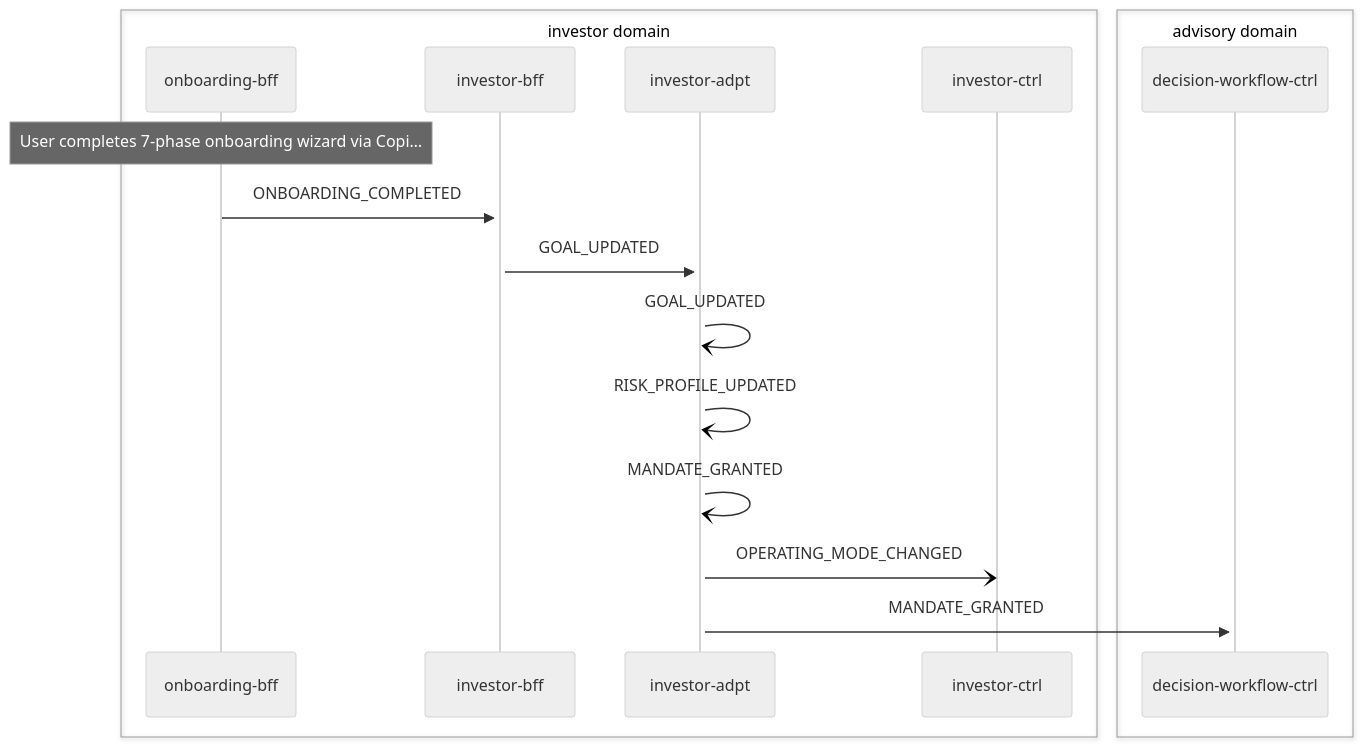
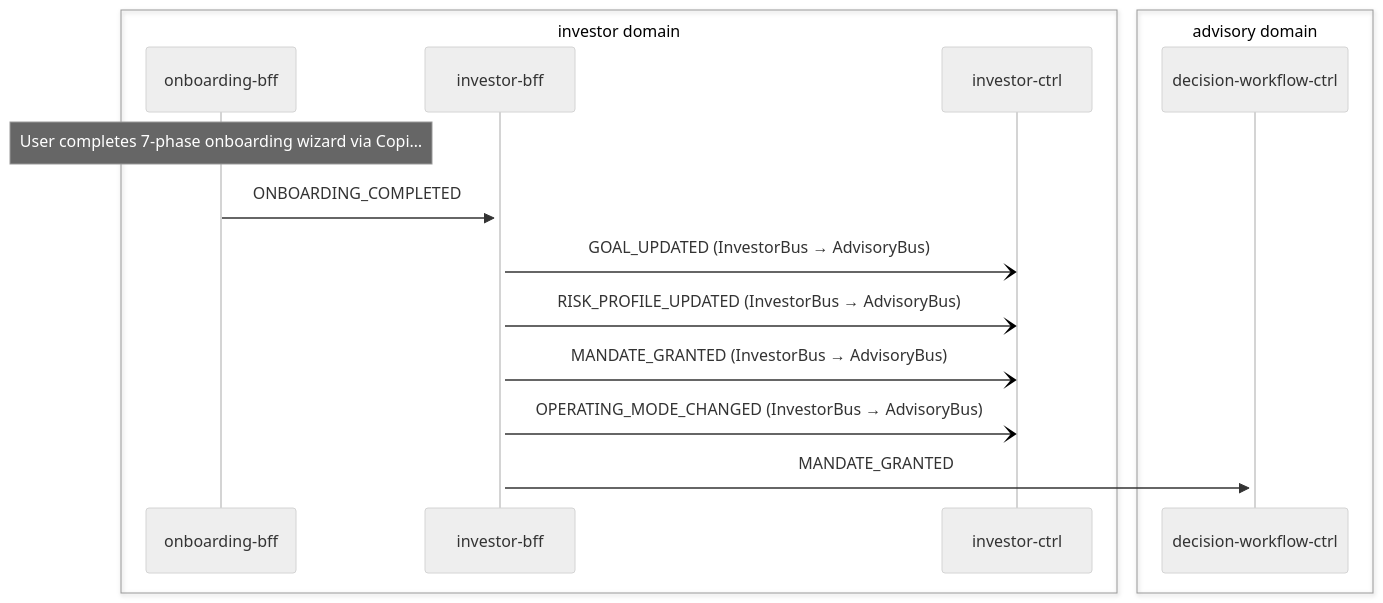
One commit to fabio-vitali/nestfolio changed the second of 2 diagrams in docs/data-flows/investor-onboarding.md. Above: the diagram before and after it, drawn with Mermaid (neutral theme). The commit also changed other lines of this file and 19 other files, not shown here.

First line of the commit message:
docs(flows): update flow specs and schema for pull model adapter routing

````diff
--- a/docs/data-flows/investor-onboarding.md
+++ b/docs/data-flows/investor-onboarding.md
@@ -29,20 +27,18 @@
 ```mermaid
 sequenceDiagram
     box investor domain
         participant onboarding_bff as onboarding-bff
         participant investor_bff as investor-bff
-        participant investor_adpt as investor-adpt
         participant investor_ctrl as investor-ctrl
     end
     box advisory domain
         participant decision_workflow_ctrl as decision-workflow-ctrl
     end
     Note over onboarding_bff: User completes 7-phase onboarding wizard via Copi…
     onboarding_bff->>+investor_bff: ONBOARDING_COMPLETED
-    investor_bff->>+investor_adpt: GOAL_UPDATED
-    investor_adpt-)investor_adpt: GOAL_UPDATED
-    investor_adpt-)investor_adpt: RISK_PROFILE_UPDATED
-    investor_adpt-)investor_adpt: MANDATE_GRANTED
-    investor_adpt-)investor_ctrl: OPERATING_MODE_CHANGED
-    investor_adpt->>+decision_workflow_ctrl: MANDATE_GRANTED
+    investor_bff-)investor_ctrl: GOAL_UPDATED (InvestorBus → AdvisoryBus)
+    investor_bff-)investor_ctrl: RISK_PROFILE_UPDATED (InvestorBus → AdvisoryBus)
+    investor_bff-)investor_ctrl: MANDATE_GRANTED (InvestorBus → AdvisoryBus)
+    investor_bff-)investor_ctrl: OPERATING_MODE_CHANGED (InvestorBus → AdvisoryBus)
+    investor_bff->>+decision_workflow_ctrl: MANDATE_GRANTED
 ```
````
